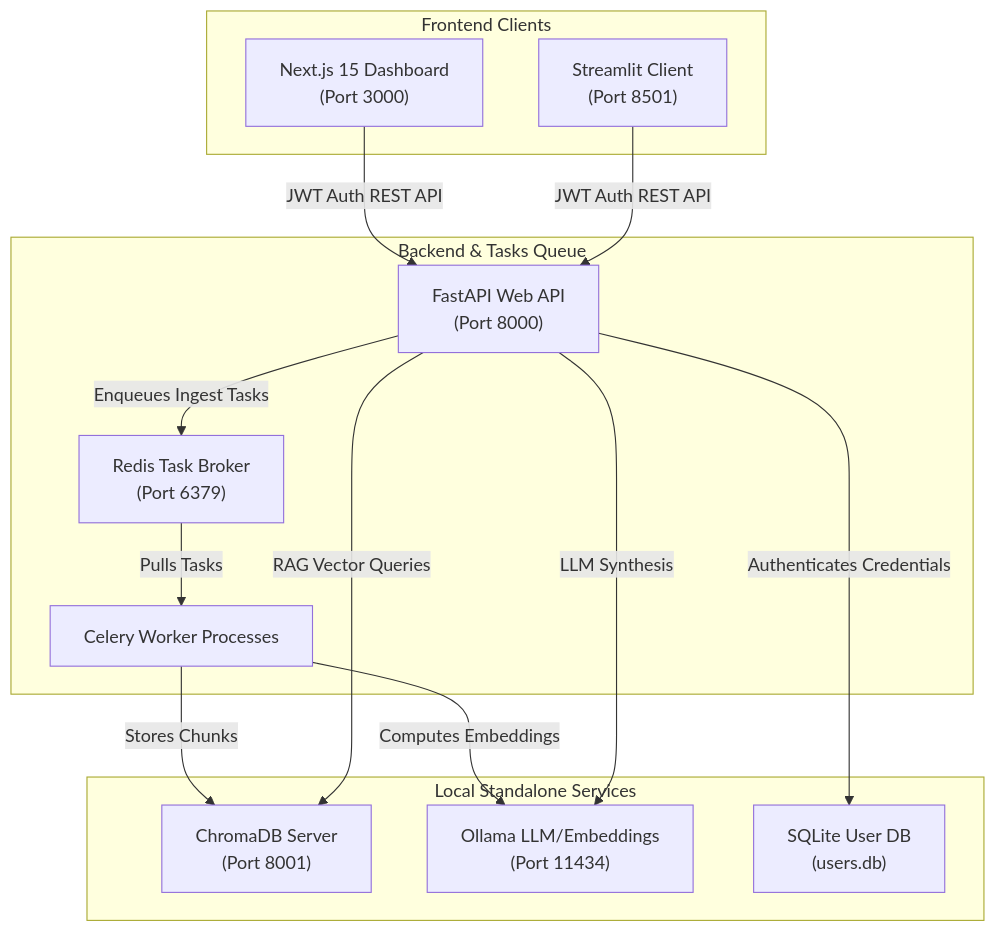
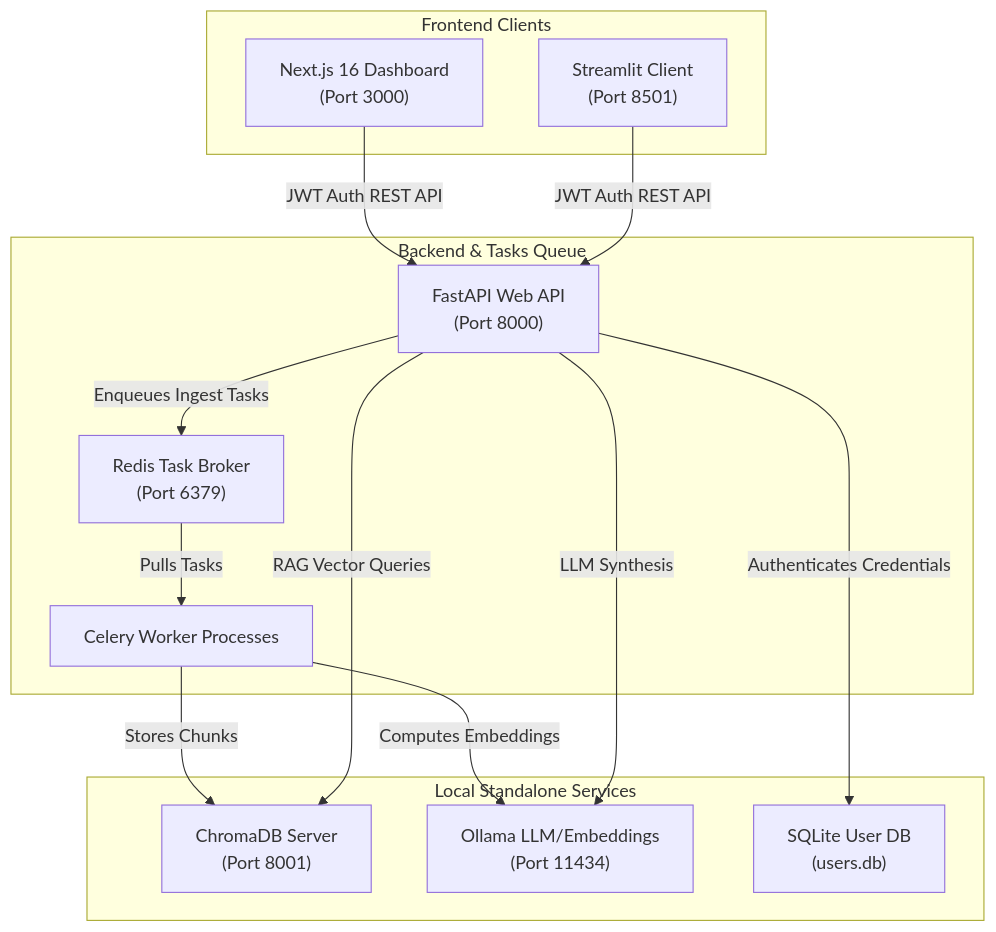
Before and after one commit to messaoudimaher/RAG-Powered-Document-Intelligence-Platform: the diagram in README.md, drawn with Mermaid. The commit also changed other lines of this file, not shown here.

Commit message:
docs: update README to specify Next.js 16 requirements and use modern docker compose commands

````diff
--- a/README.md
+++ b/README.md
@@ -13,29 +13,29 @@
 ```mermaid
 graph TD
     subgraph Frontend Clients
-        NextJS["Next.js 15 Dashboard<br>(Port 3000)"]
+        NextJS["Next.js 16 Dashboard<br>(Port 3000)"]
         Streamlit["Streamlit Client<br>(Port 8501)"]
     end
 
     subgraph Backend & Tasks Queue
         API["FastAPI Web API<br>(Port 8000)"]
         Redis["Redis Task Broker<br>(Port 6379)"]
         Worker["Celery Worker Processes"]
     end
 
     subgraph Local Standalone Services
         Chroma["ChromaDB Server<br>(Port 8001)"]
         Ollama["Ollama LLM/Embeddings<br>(Port 11434)"]
         SQLite["SQLite User DB<br>(users.db)"]
     end
 
     NextJS -->|JWT Auth REST API| API
     Streamlit -->|JWT Auth REST API| API
     API -->|Enqueues Ingest Tasks| Redis
     Redis -->|Pulls Tasks| Worker
     Worker -->|Computes Embeddings| Ollama
     Worker -->|Stores Chunks| Chroma
     API -->|RAG Vector Queries| Chroma
     API -->|LLM Synthesis| Ollama
     API -->|Authenticates Credentials| SQLite
 ```
````
